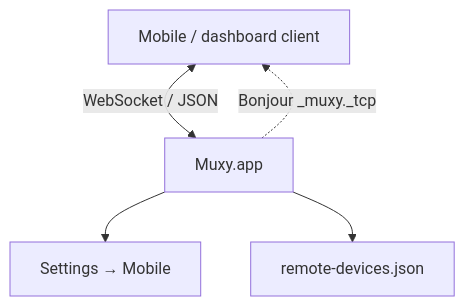
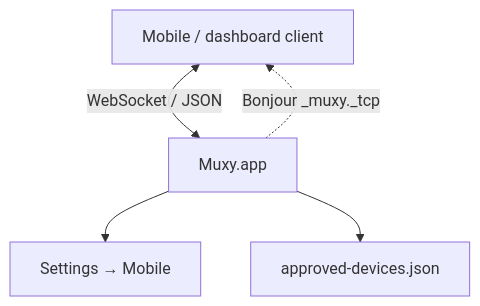
The first of 2 diagrams in docs/remote-server/overview.md (muxy-app/muxy), drawn with Mermaid before and after one commit. The commit also changed other lines of this file and 29 other files, not shown here.

````diff
--- a/docs/remote-server/overview.md
+++ b/docs/remote-server/overview.md
@@ -5,8 +5,8 @@
 ```mermaid
 flowchart TB
   Client[Mobile / dashboard client]
   Client <-->|WebSocket / JSON| Muxy[Muxy.app]
   Muxy --> Settings[Settings → Mobile]
-  Muxy --> Approved[remote-devices.json]
+  Muxy --> Approved[approved-devices.json]
   Muxy -.->|Bonjour _muxy._tcp| Client
 ```
````
